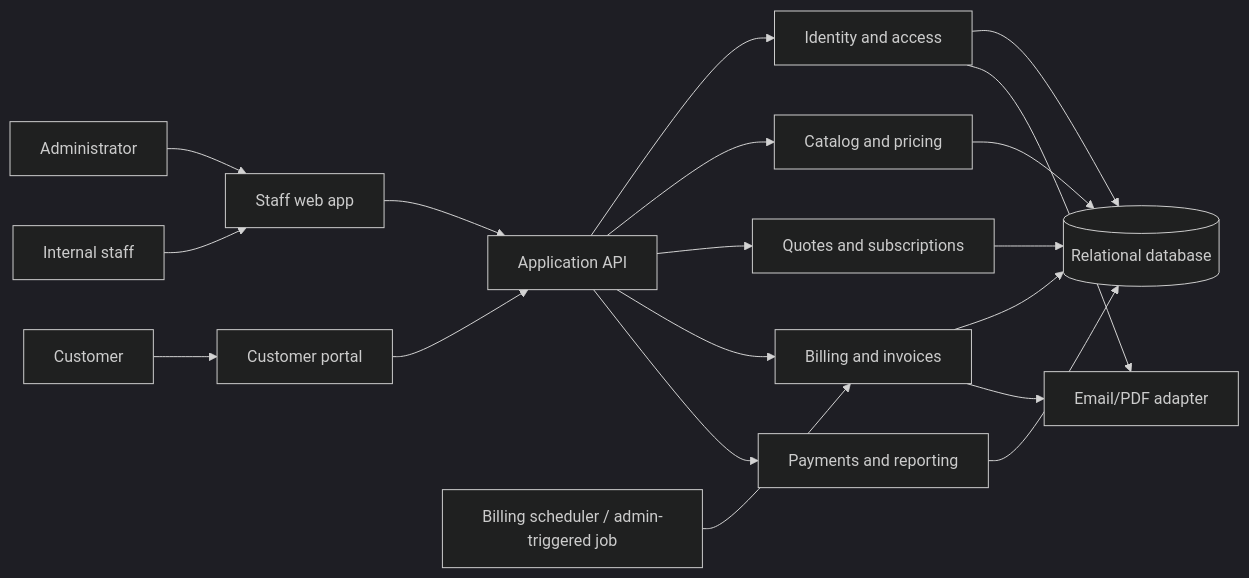
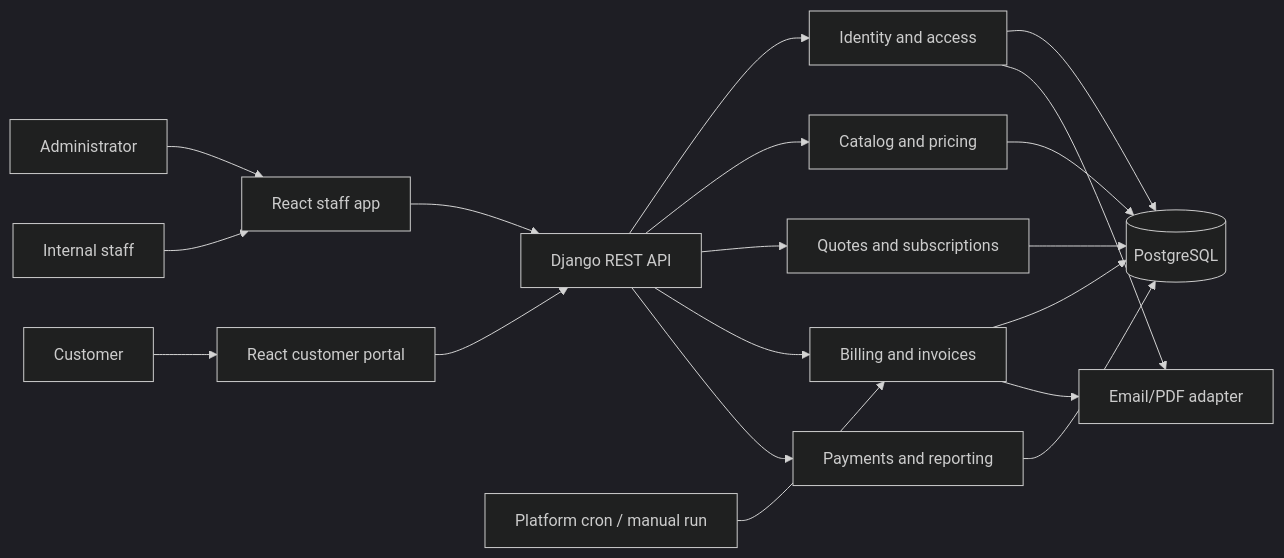
The first of 2 diagrams in docs/ARCHITECTURE.md (Srinanth/oodo-hackathon), drawn with Mermaid (dark theme) before and after one commit. The commit also changed other lines of this file and 4 other files, not shown here.

````diff
--- a/docs/ARCHITECTURE.md
+++ b/docs/ARCHITECTURE.md
@@ -17,21 +36,21 @@
 ```mermaid
 flowchart LR
-  Admin[Administrator] --> UI[Staff web app]
+  Admin[Administrator] --> UI[React staff app]
   Staff[Internal staff] --> UI
-  Customer[Customer] --> Portal[Customer portal]
-  UI --> API[Application API]
+  Customer[Customer] --> Portal[React customer portal]
+  UI --> API[Django REST API]
   Portal --> API
   API --> Auth[Identity and access]
   API --> Catalog[Catalog and pricing]
   API --> Sales[Quotes and subscriptions]
   API --> Billing[Billing and invoices]
   API --> Finance[Payments and reporting]
-  Auth --> DB[(Relational database)]
+  Auth --> DB[(PostgreSQL)]
   Catalog --> DB
   Sales --> DB
   Billing --> DB
   Finance --> DB
   Billing --> Mail[Email/PDF adapter]
   Auth --> Mail
-  Scheduler[Billing scheduler / admin-triggered job] --> Billing
+  Scheduler[Platform cron / manual run] --> Billing
 ```
````
